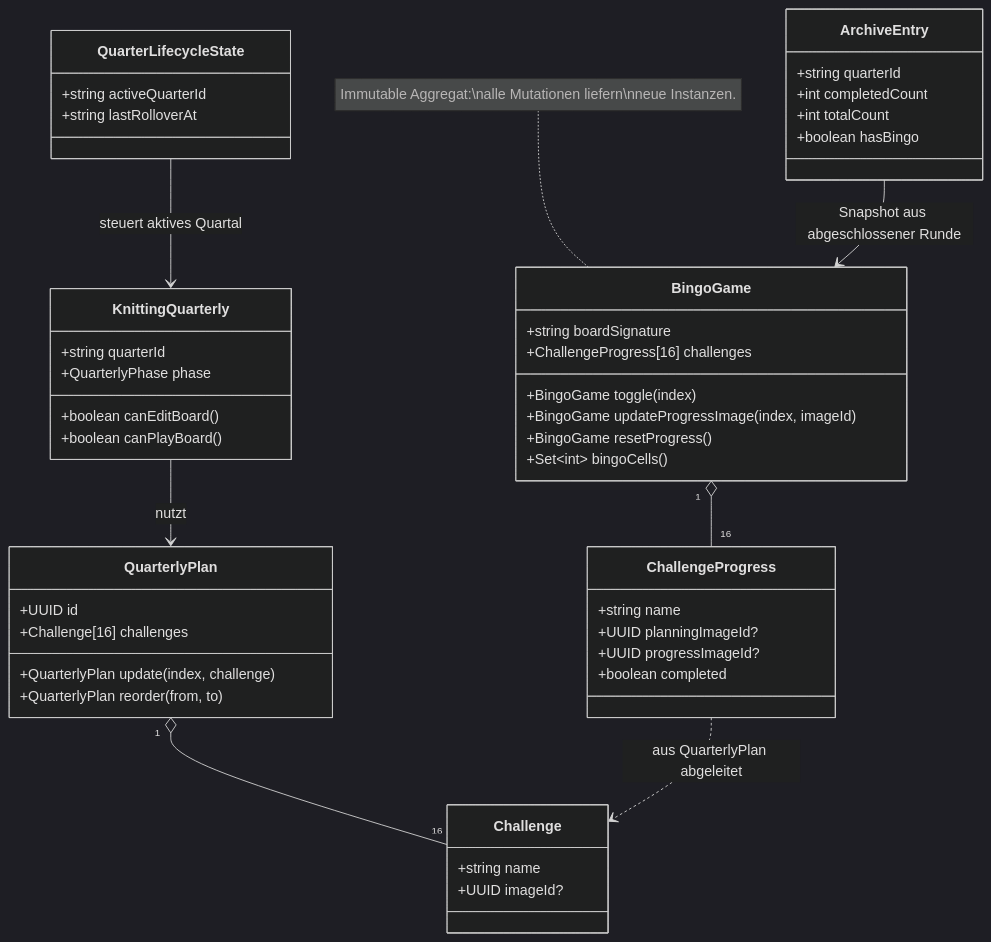
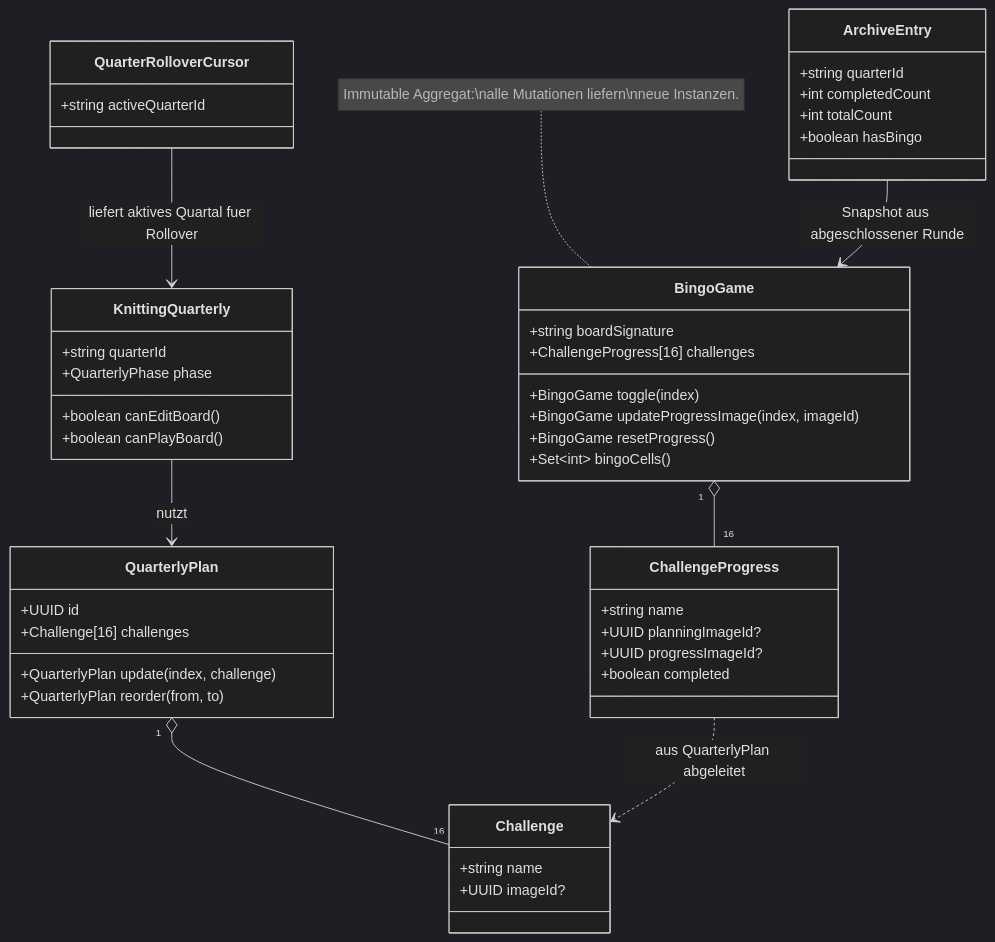
One commit to flingoflux/knitting-quarterly-bingo changed the second of 11 diagrams in docs/arc42.md. Above: the diagram before and after it, drawn with Mermaid (dark theme). The commit also changed other lines of this file and 17 other files, not shown here.

````diff
--- a/docs/arc42.md
+++ b/docs/arc42.md
@@ -105,58 +105,57 @@
 ```mermaid
 classDiagram
   class KnittingQuarterly {
     +string quarterId
     +QuarterlyPhase phase
     +boolean canEditBoard()
     +boolean canPlayBoard()
   }
 
   class QuarterlyPlan {
     +UUID id
     +Challenge[16] challenges
     +QuarterlyPlan update(index, challenge)
     +QuarterlyPlan reorder(from, to)
   }
 
   class Challenge {
     +string name
     +UUID imageId?
   }
 
   class BingoGame {
     +string boardSignature
     +ChallengeProgress[16] challenges
     +BingoGame toggle(index)
     +BingoGame updateProgressImage(index, imageId)
     +BingoGame resetProgress()
     +Set~int~ bingoCells()
   }
 
   class ChallengeProgress {
     +string name
     +UUID planningImageId?
     +UUID progressImageId?
     +boolean completed
   }
 
-  class QuarterLifecycleState {
+  class QuarterRolloverCursor {
     +string activeQuarterId
-    +string lastRolloverAt
   }
 
   class ArchiveEntry {
     +string quarterId
     +int completedCount
     +int totalCount
     +boolean hasBingo
   }
 
   KnittingQuarterly --> QuarterlyPlan : nutzt
   QuarterlyPlan "1" o-- "16" Challenge
   BingoGame "1" o-- "16" ChallengeProgress
   ChallengeProgress ..> Challenge : aus QuarterlyPlan abgeleitet
-  QuarterLifecycleState --> KnittingQuarterly : steuert aktives Quartal
+  QuarterRolloverCursor --> KnittingQuarterly : liefert aktives Quartal fuer Rollover
   ArchiveEntry --> BingoGame : Snapshot aus abgeschlossener Runde
 
   note for BingoGame "Immutable Aggregat:\nalle Mutationen liefern\nneue Instanzen."
 ```
````
